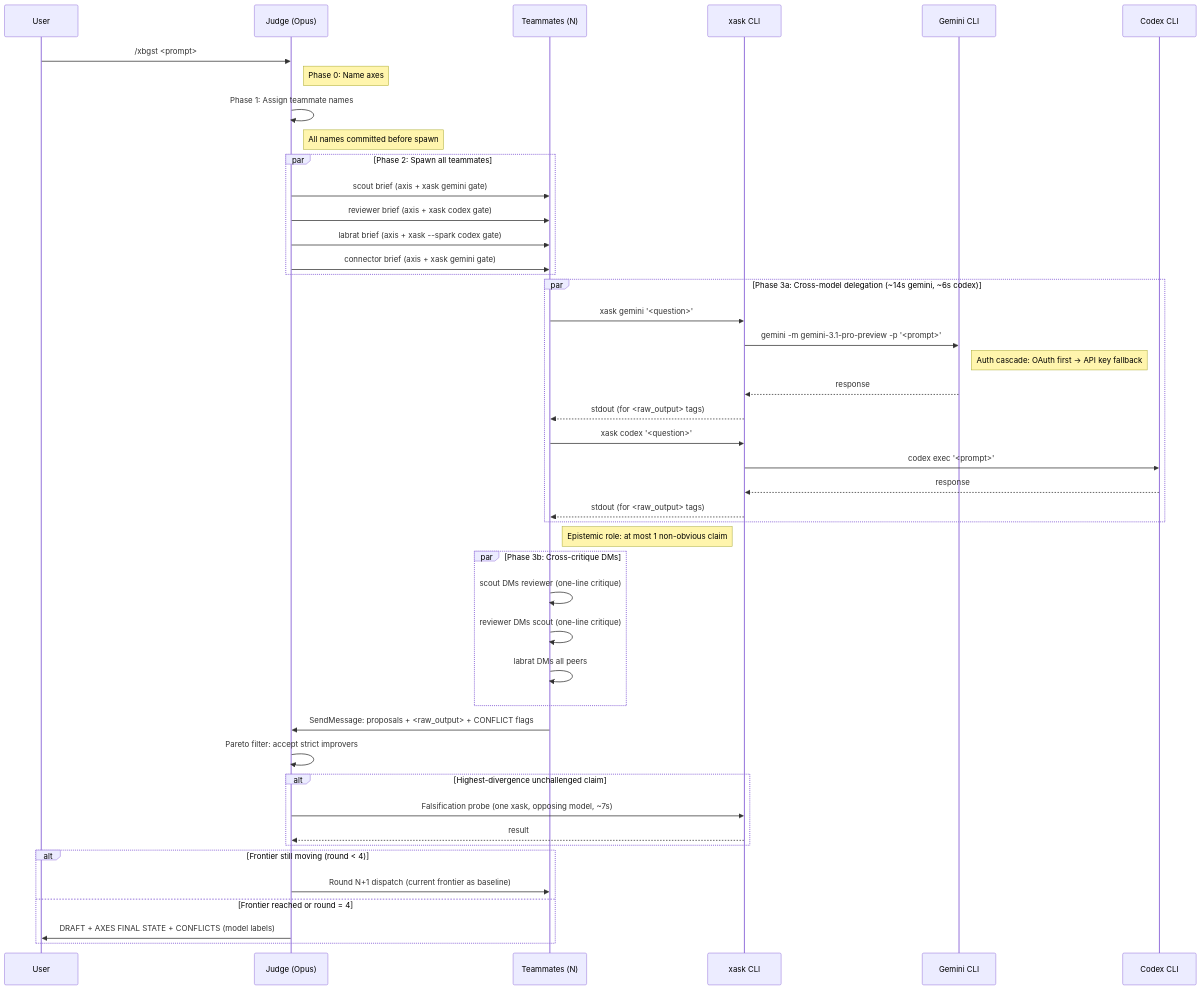
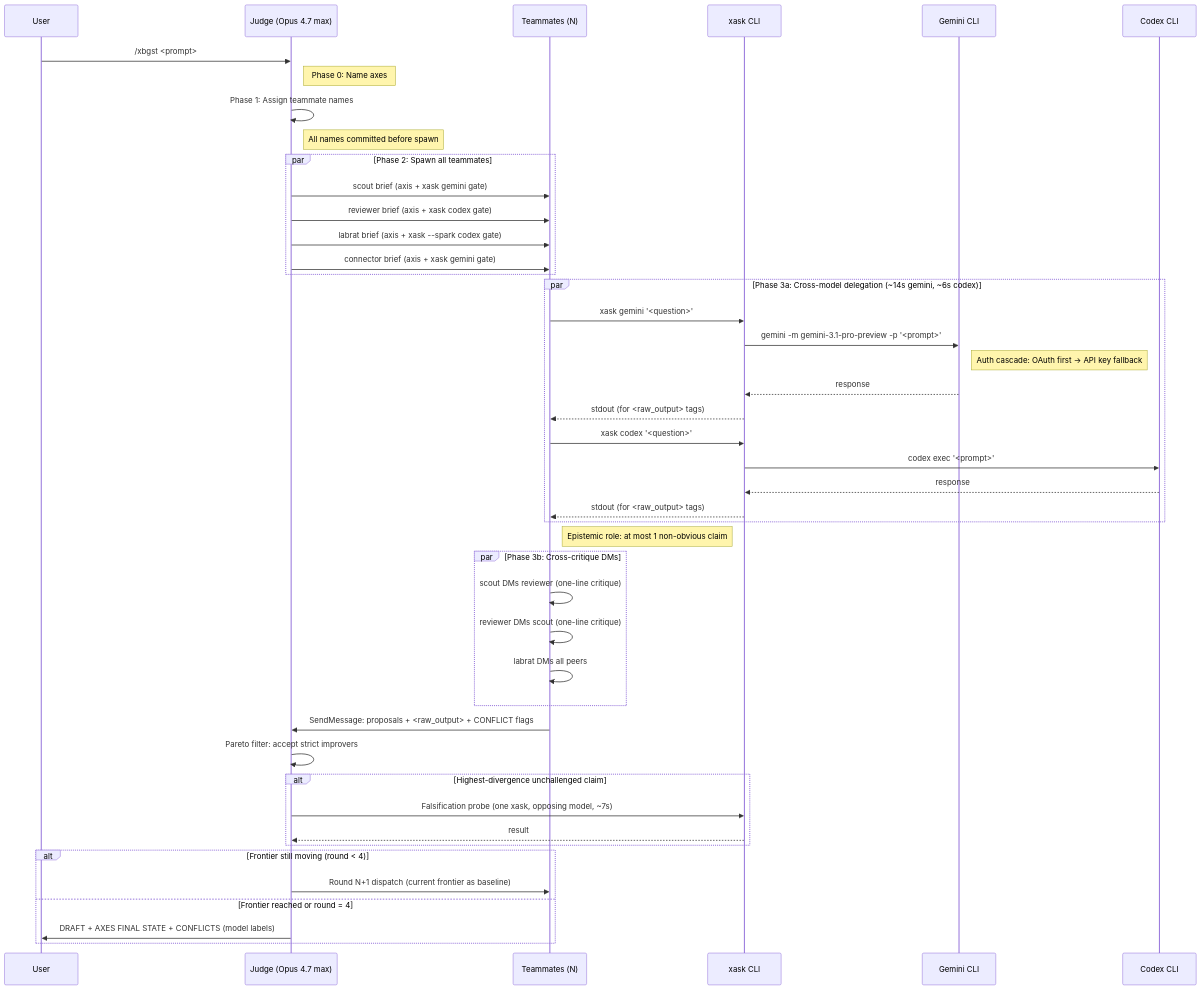
Before and after one commit to VeigaPunk/xbrd-gdsp-fknpft: the tenth of 11 diagrams in docs/command-flows.md, drawn with Mermaid. The commit also changed 5 other files, not shown here.

First line of the commit message:
chore(docs): opus 4.7 max sweep + dynamic pacing + nuke remember runtime state

````diff
--- a/docs/command-flows.md
+++ b/docs/command-flows.md
@@ -269,57 +269,57 @@
 ```mermaid
 sequenceDiagram
     participant U as User
-    participant J as Judge (Opus)
+    participant J as Judge (Opus 4.7 max)
     participant T as Teammates (N)
     participant X as xask CLI
     participant G as Gemini CLI
     participant C as Codex CLI
 
     U->>J: /xbgst <prompt>
     Note right of J: Phase 0: Name axes
 
     J->>J: Phase 1: Assign teammate names
     Note right of J: All names committed before spawn
 
     par Phase 2: Spawn all teammates
         J->>T: scout brief (axis + xask gemini gate)
         J->>T: reviewer brief (axis + xask codex gate)
         J->>T: labrat brief (axis + xask --spark codex gate)
         J->>T: connector brief (axis + xask gemini gate)
     end
 
     par Phase 3a: Cross-model delegation (~14s gemini, ~6s codex)
         T->>X: xask gemini '<question>'
         X->>G: gemini -m gemini-3.1-pro-preview -p '<prompt>'
         Note right of G: Auth cascade: OAuth first → API key fallback
         G-->>X: response
         X-->>T: stdout (for <raw_output> tags)
         T->>X: xask codex '<question>'
         X->>C: codex exec '<prompt>'
         C-->>X: response
         X-->>T: stdout (for <raw_output> tags)
     end
 
     Note right of T: Epistemic role: at most 1 non-obvious claim
 
     par Phase 3b: Cross-critique DMs
         T->>T: scout DMs reviewer (one-line critique)
         T->>T: reviewer DMs scout (one-line critique)
         T->>T: labrat DMs all peers
     end
 
     T->>J: SendMessage: proposals + <raw_output> + CONFLICT flags
 
     J->>J: Pareto filter: accept strict improvers
 
     alt Highest-divergence unchallenged claim
         J->>X: Falsification probe (one xask, opposing model, ~7s)
         X-->>J: result
     end
 
     alt Frontier still moving (round < 4)
         J->>T: Round N+1 dispatch (current frontier as baseline)
     else Frontier reached or round = 4
         J->>U: DRAFT + AXES FINAL STATE + CONFLICTS (model labels)
     end
 ```
````
